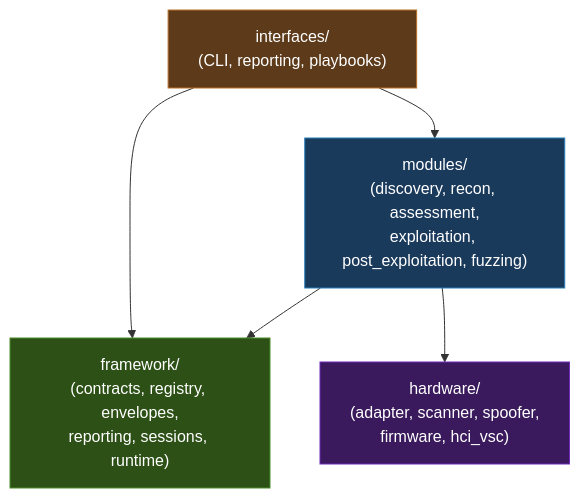
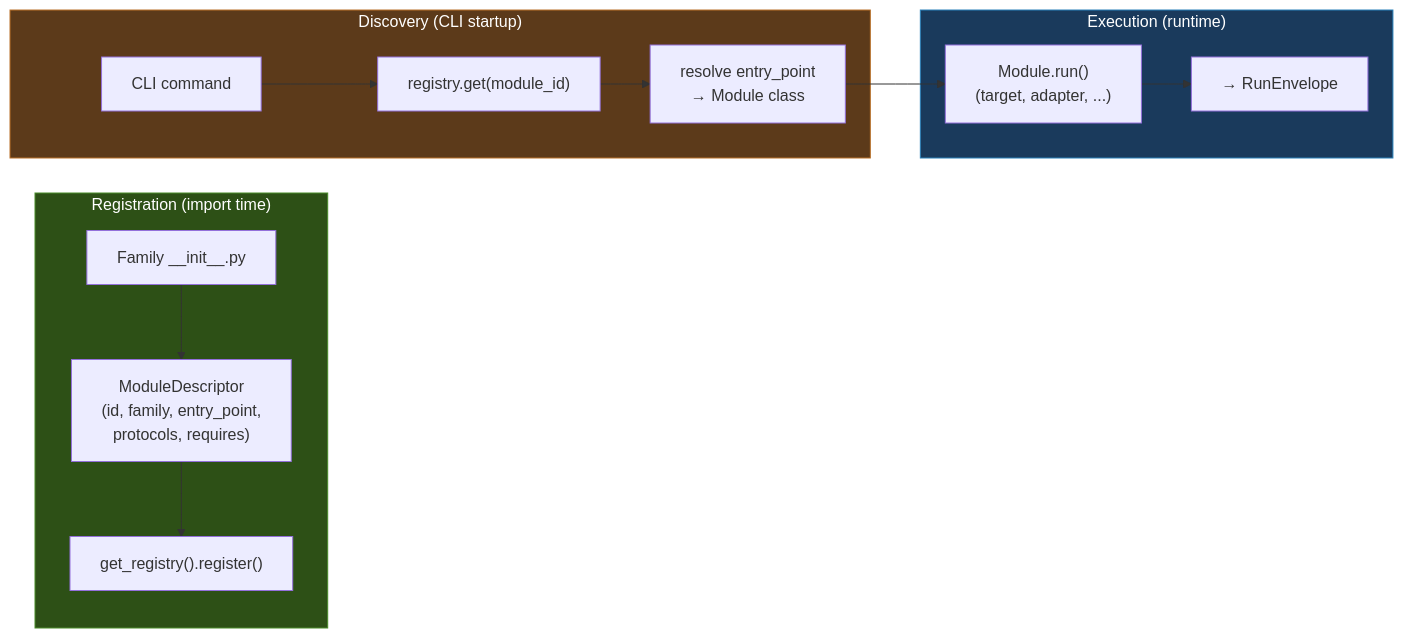
One commit to Indspl0it/blue-tap changed the second of 8 diagrams in docs/developer/architecture.md. Above: the diagram before and after it, drawn with Mermaid. The commit also changed other lines of this file and 26 other files, not shown here.

````diff
--- a/docs/developer/architecture.md
+++ b/docs/developer/architecture.md
@@ -78,17 +164,26 @@
 ```mermaid
-graph TD
-    interfaces["interfaces/<br/>(CLI, reporting, playbooks)"]
-    modules["modules/<br/>(discovery, recon, assessment,<br/>exploitation, post_exploitation, fuzzing)"]
-    framework["framework/<br/>(contracts, registry, envelopes,<br/>reporting, sessions, runtime)"]
-    hardware["hardware/<br/>(adapter, scanner, spoofer,<br/>firmware, hci_vsc)"]
+flowchart LR
+    subgraph registration["Registration (import time)"]
+        init["Family __init__.py"]
+        reg["get_registry().register()"]
+        desc["ModuleDescriptor<br/>(id, family, entry_point,<br/>protocols, requires)"]
+    end
 
-    interfaces --> modules
-    interfaces --> framework
-    modules --> framework
-    modules --> hardware
+    subgraph discovery["Discovery (CLI startup)"]
+        cli["CLI command"]
+        lookup["registry.get(module_id)"]
+        resolve["resolve entry_point<br/>→ Module class"]
+    end
 
-    style framework fill:#2d5016,stroke:#4a8c2a,color:#fff
-    style modules fill:#1a3a5c,stroke:#2980b9,color:#fff
-    style interfaces fill:#5c3a1a,stroke:#b97029,color:#fff
-    style hardware fill:#3a1a5c,stroke:#7029b9,color:#fff
+    subgraph execution["Execution (runtime)"]
+        run["Module.run()<br/>(target, adapter, ...)"]
+        envelope["→ RunEnvelope"]
+    end
+
+    init --> desc --> reg
+    cli --> lookup --> resolve --> run --> envelope
+
+    style registration fill:#2d5016,stroke:#4a8c2a,color:#fff
+    style discovery fill:#5c3a1a,stroke:#b97029,color:#fff
+    style execution fill:#1a3a5c,stroke:#2980b9,color:#fff
 ```
````
